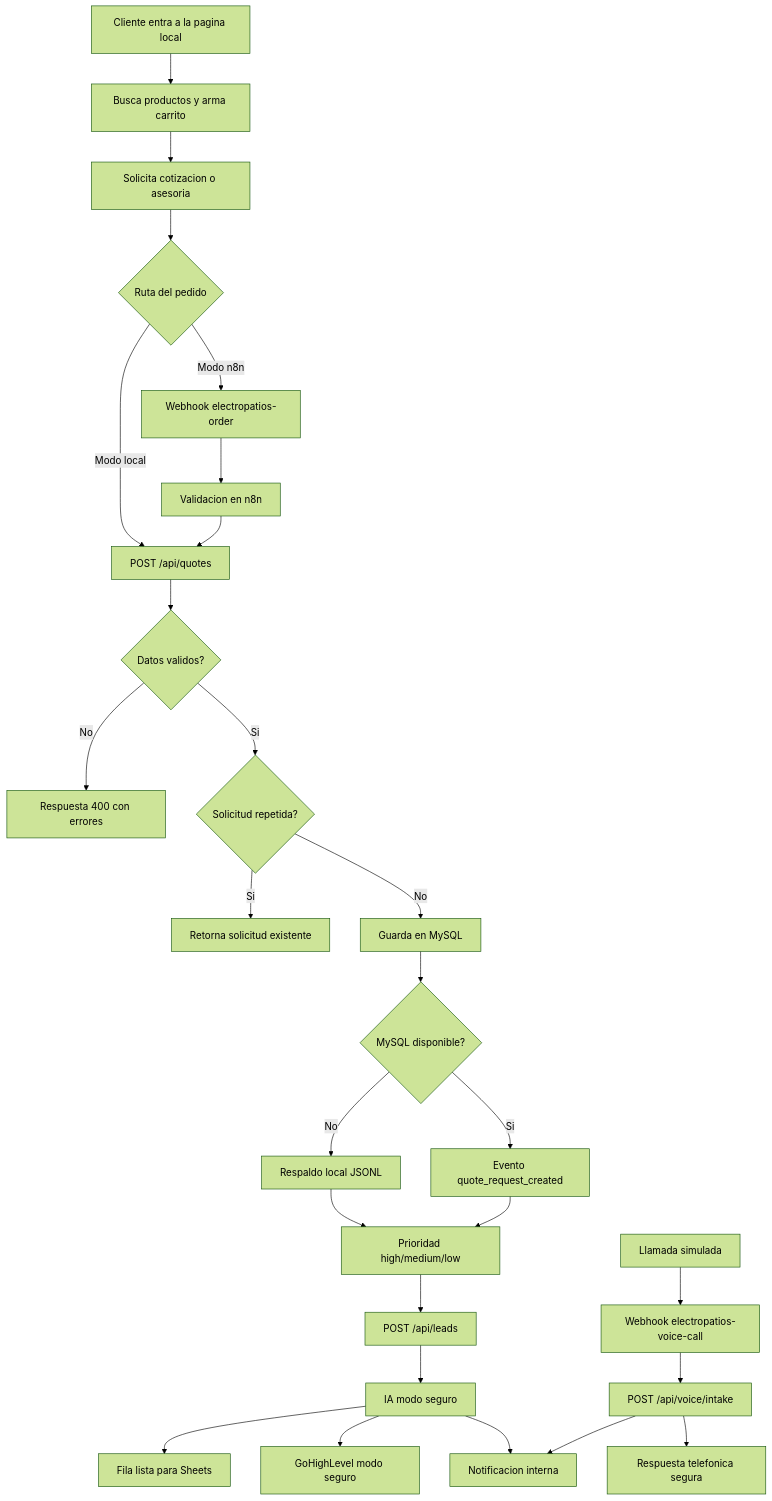
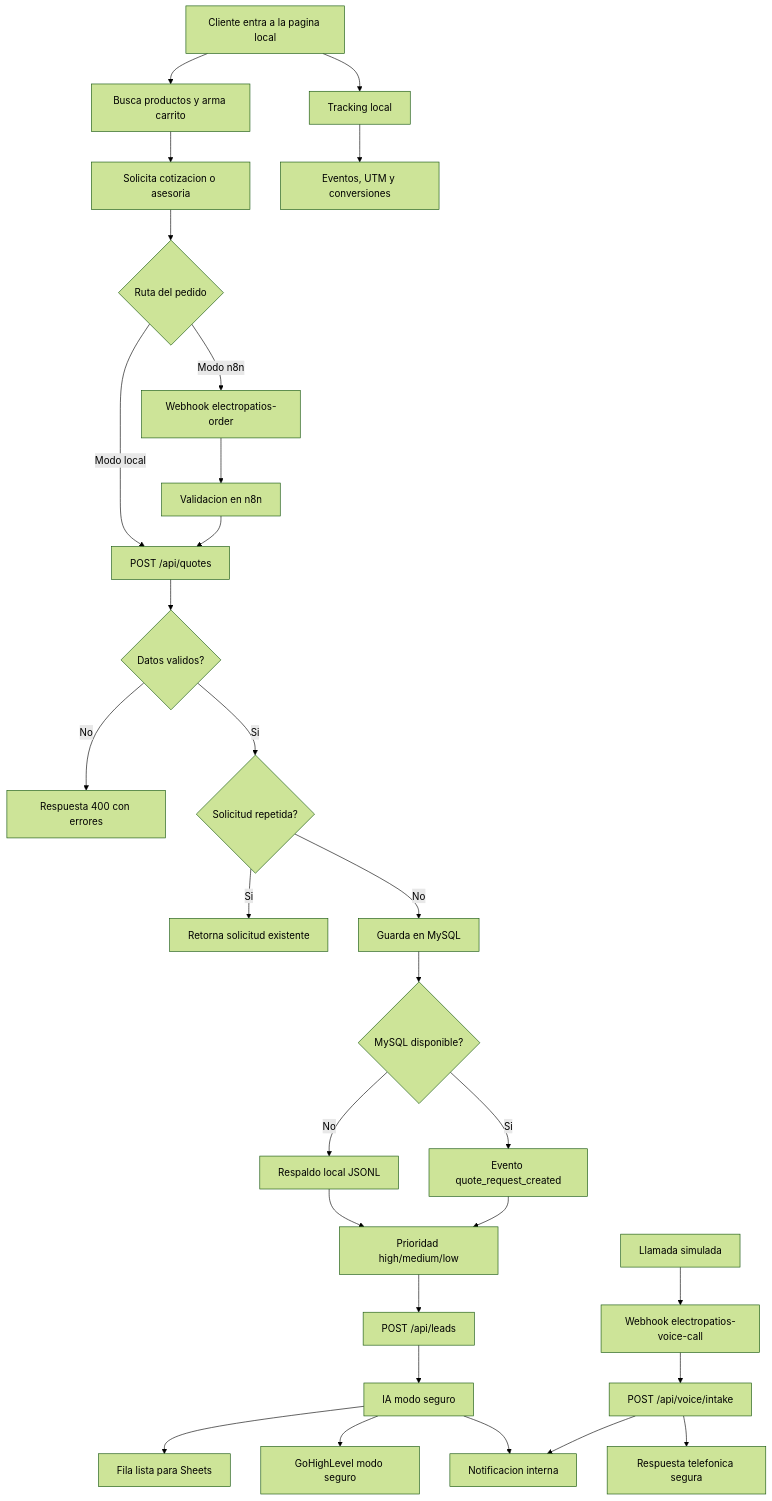
The diagram in docs/architecture.md (deyson24ivan/electropatios-quote-system), drawn with Mermaid (forest theme) before and after one commit. The commit also changed other lines of this file and 13 other files, not shown here.

Commit message:
Add local tracking and UTM events

````diff
--- a/docs/architecture.md
+++ b/docs/architecture.md
@@ -7,29 +7,31 @@
 ```mermaid
 flowchart TD
   A["Cliente entra a la pagina local"] --> B["Busca productos y arma carrito"]
   B --> C["Solicita cotizacion o asesoria"]
   C --> D{"Ruta del pedido"}
   D -- "Modo local" --> E["POST /api/quotes"]
   D -- "Modo n8n" --> F["Webhook electropatios-order"]
   F --> G["Validacion en n8n"]
   G --> E
   E --> H{"Datos validos?"}
   H -- "No" --> I["Respuesta 400 con errores"]
   H -- "Si" --> J{"Solicitud repetida?"}
   J -- "Si" --> K["Retorna solicitud existente"]
   J -- "No" --> L["Guarda en MySQL"]
   L --> M{"MySQL disponible?"}
   M -- "No" --> N["Respaldo local JSONL"]
   M -- "Si" --> O["Evento quote_request_created"]
   N --> P["Prioridad high/medium/low"]
   O --> P
   P --> Q["POST /api/leads"]
   Q --> R["IA modo seguro"]
   R --> S["Fila lista para Sheets"]
   R --> T["GoHighLevel modo seguro"]
   R --> U["Notificacion interna"]
+  A --> Z["Tracking local"]
+  Z --> AA["Eventos, UTM y conversiones"]
   V["Llamada simulada"] --> W["Webhook electropatios-voice-call"]
   W --> X["POST /api/voice/intake"]
   X --> Y["Respuesta telefonica segura"]
   X --> U
 ```
````
